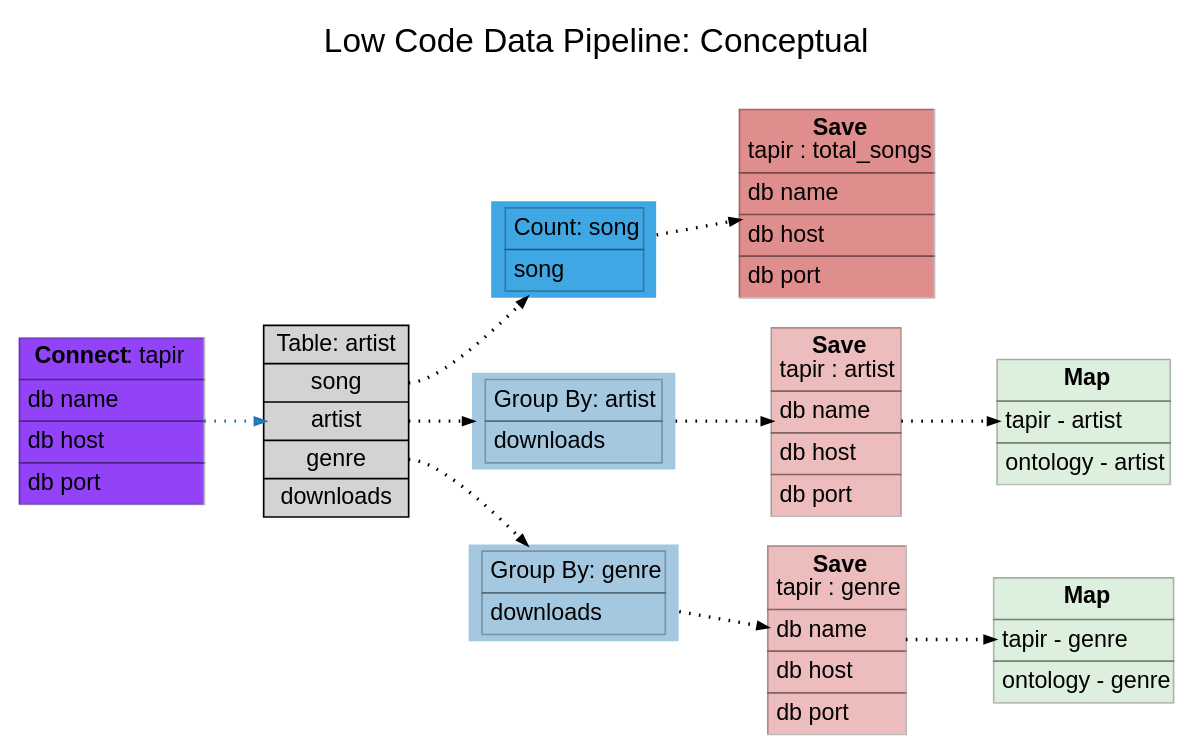
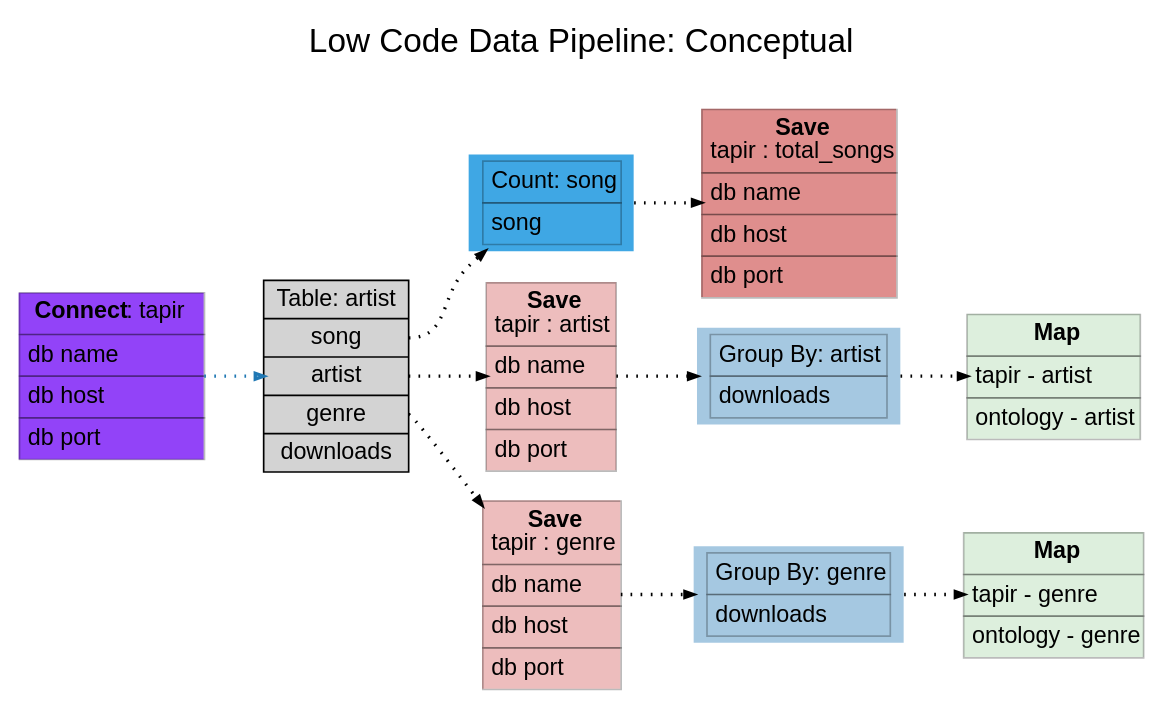
The diagram in simple.dot (jeffwmonroe/low--code), drawn with Graphviz before and after one commit. The commit also changed 3 other files, not shown here.

```diff
--- a/simple.dot
+++ b/simple.dot
@@ -1,122 +1,122 @@
 strict digraph {
 	graph [
 		label = "Low Code Data Pipeline: Conceptual\n\n"
 		labelloc = t
 		fontname = "Helvetica,Arial,sans-serif"
 		fontsize = 20
 		layout = dot
 		rankdir = LR
 		newrank = true
 	]
 	node [
 		style=filled
 		shape=rect
 		pencolor="#00000044" // frames color
 		fontname="Helvetica,Arial,sans-serif"
 		shape=plaintext
 	]
 	edge [
 		arrowsize=0.5
 		fontname="Helvetica,Arial,sans-serif"
 		labeldistance=3
 		labelfontcolor="#00000080"
 		penwidth=2
 		style=dotted // dotted style symbolizes data transfer
 	]
 
     Connect [
 		color="#9243f8"
 		label=<<table border="0" cellborder="1" cellspacing="0" cellpadding="4">
 			<tr> <td> <b>Connect</b> : tapir </td> </tr>
 			<tr> <td align="left">db name</td> </tr>
 			<tr> <td align="left">db host</td> </tr>
 			<tr> <td align="left">db port</td> </tr>
 		    </table>
             >
 		shape=plain
 	]
 
 	Columns [
 		shape=record
 		label="<c1>Table: artist|<c2>song|<c3>artist|<c4>genre|<c5>downloads"
 		]
 	GroupByGenre [
 		label=<<table border="0" cellborder="1" cellspacing="0" cellpadding="4">
 			<tr> <td>Group By: genre</td> </tr>
 			<tr><td align="left">downloads</td></tr>
 		</table>>
 		fillcolor="#1f77b466"
 		]
 	GroupByArtist [
 		label=<<table border="0" cellborder="1" cellspacing="0" cellpadding="4">
 			<tr> <td>Group By: artist</td> </tr>
 			<tr><td align="left">downloads</td></tr>
 		</table>>
 		fillcolor="#1f77b466"
 		style="filled"
 	]
 	CountSongs [
 		label=<<table border="0" cellborder="1" cellspacing="0" cellpadding="4">
 			<tr> <td>Count: song</td> </tr>
 			<tr><td align="left">song</td></tr>
 		</table>>
 		fillcolor="#3fa7e4"
 		]
     SaveArtist [
 		color="#b8030042"
 		label=<<table border="0" cellborder="1" cellspacing="0" cellpadding="4">
 			<tr> <td> <b>Save</b><br/>tapir : artist</td> </tr>
 			<tr> <td align="left">db name</td></tr>
 			<tr> <td align="left">db host</td></tr>
 			<tr> <td align="left">db port</td></tr>
 		    </table>
             >
 		shape=plain
 	]
     SaveGenre [
 		color="#b8030042"
 		label=<<table border="0" cellborder="1" cellspacing="0" cellpadding="4">
 			<tr> <td> <b>Save</b><br/>tapir : genre</td> </tr>
 			<tr> <td align="left">db name</td></tr>
 			<tr> <td align="left">db host</td></tr>
 			<tr> <td align="left">db port</td></tr>
 		    </table>
             >
 		shape=plain
 	]
 	SaveSong [
 		color="#b8030072"
 		label=<<table border="0" cellborder="1" cellspacing="0" cellpadding="4">
 			<tr> <td> <b>Save</b><br/>tapir : total_songs</td> </tr>
 			<tr> <td align="left">db name</td></tr>
 			<tr> <td align="left">db host</td></tr>
 			<tr> <td align="left">db port</td></tr>
 		    </table>
             >
 		shape=plain
 	]
 	MapArtist [
 		color="#00880022"
 		label=<<table border="0" cellborder="1" cellspacing="0" cellpadding="4">
 			<tr> <td> <b>Map</b></td> </tr>
 			<tr> <td align="left">tapir - artist</td></tr>
 			<tr> <td align="left">ontology - artist</td></tr>
 		    </table>
             >
 		shape=plain
 	]
 	MapGenre [
 		color="#00880022"
 		label=<<table border="0" cellborder="1" cellspacing="0" cellpadding="4">
 			<tr> <td> <b>Map</b></td> </tr>
 			<tr> <td align="left">tapir - genre</td></tr>
 			<tr> <td align="left">ontology - genre</td></tr>
 		    </table>
             >
 		shape=plain
 	]
     Connect -> Columns [fillcolor="#a6cee3" color="#1f78b4"]
-	Columns:c3 -> GroupByArtist -> SaveArtist -> MapArtist
-	Columns:c4 -> GroupByGenre -> SaveGenre -> MapGenre
+	Columns:c3 -> SaveArtist -> GroupByArtist -> MapArtist
+	Columns:c4 -> SaveGenre ->GroupByGenre ->  MapGenre
 	Columns:c2 -> CountSongs -> SaveSong
 }
```
